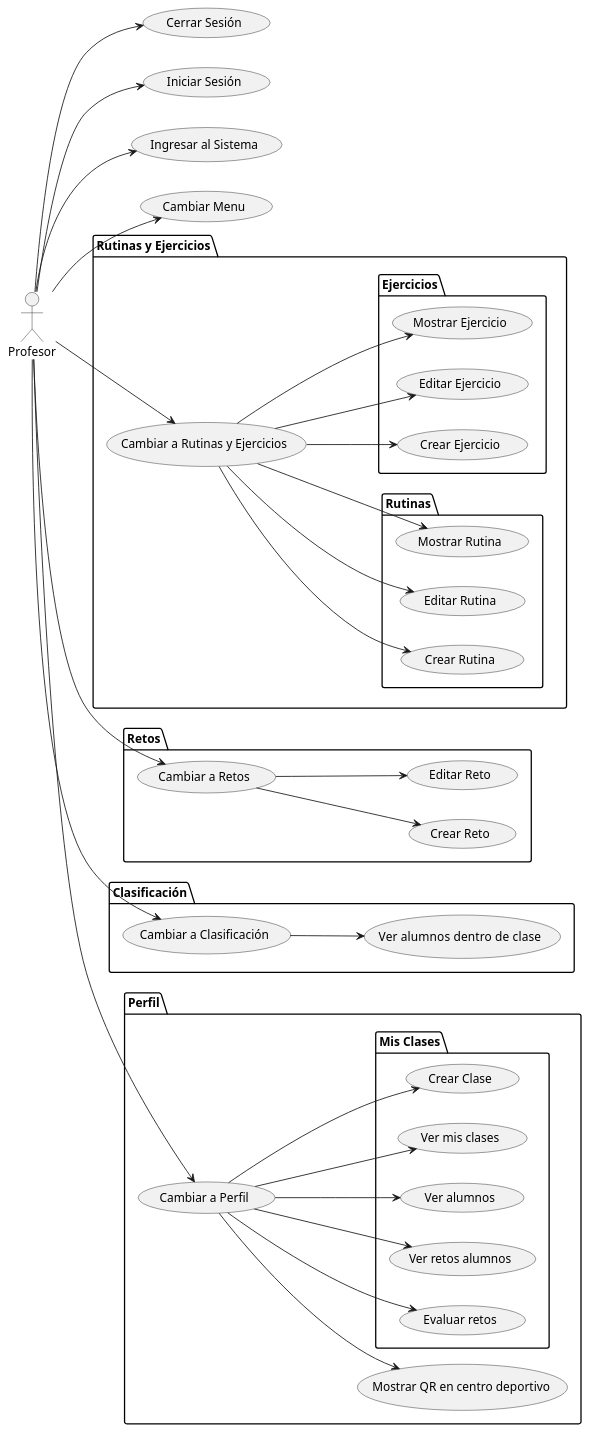
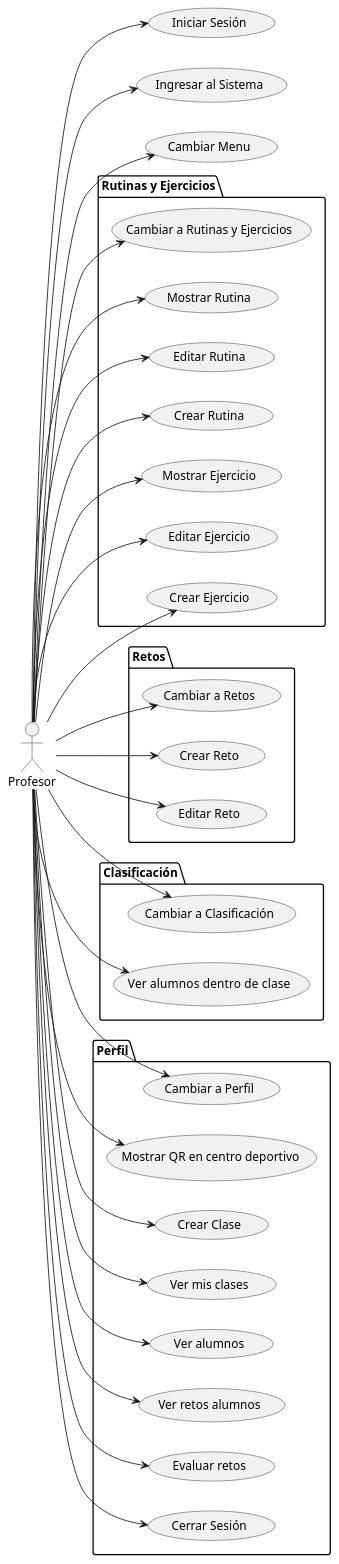
Before and after one commit to mmasias/24-25-IdSw1-SDR: the diagram in Documentos/CasosUso/CdU_Profesor.puml, drawn with PlantUML.

```diff
--- a/Documentos/CasosUso/CdU_Profesor.puml
+++ b/Documentos/CasosUso/CdU_Profesor.puml
@@ -1,78 +1,79 @@
 @startuml CdU_Profesor
 left to right direction
 actor Profesor
 
 package "Rutinas y Ejercicios" {
     usecase "Cambiar a Rutinas y Ejercicios" as CambiarARutinasYEjercicios
 
-    package "Rutinas" {
+   
         usecase "Mostrar Rutina" as MostrarRutina
         usecase "Editar Rutina" as EditarRutina
         usecase "Crear Rutina" as CrearRutina
-    }
+    
 
-    package "Ejercicios" {
+   
         usecase "Mostrar Ejercicio" as MostrarEjercicio
         usecase "Editar Ejercicio" as EditarEjercicio
         usecase "Crear Ejercicio" as CrearEjercicio
-    }
+    
 }
 
 package "Retos" {
     usecase "Cambiar a Retos" as CambiarARetos
     usecase "Crear Reto" as CrearReto
     usecase "Editar Reto" as EditarReto
 }
 
 package "Clasificación" {
     usecase "Cambiar a Clasificación" as CambiarAClasificacion
     usecase "Ver alumnos dentro  de clase" as VerAlumnosDentroDeClase
 }
 
 package "Perfil" {
     usecase "Cambiar a Perfil" as CambiarAPerfil
     usecase "Mostrar QR en centro deportivo" as MostrarQR
 
-    package "Mis Clases" {
+  
         usecase "Crear Clase" as CrearClase
         usecase "Ver mis clases" as VerMisClases
         usecase "Ver alumnos" as VerAlumnos
         usecase "Ver retos alumnos" as VerRetosAlumnos
         usecase "Evaluar retos" as EvaluarRetos
-    }
+        usecase "Cerrar Sesión" as CerrarSesion
+    
 }
 
-usecase "Cerrar Sesión" as CerrarSesion
+
 usecase "Iniciar Sesión" as IniciarSesion
 usecase "Ingresar al Sistema" as IngresarAlSistema
 usecase "Cambiar Menu" as CambiarMenu
 
 Profesor --> IngresarAlSistema
 Profesor --> IniciarSesion
 Profesor --> CambiarMenu
 Profesor --> CerrarSesion
 
 Profesor --> CambiarARutinasYEjercicios
-CambiarARutinasYEjercicios --> MostrarRutina
-CambiarARutinasYEjercicios --> EditarRutina
-CambiarARutinasYEjercicios --> CrearRutina
-CambiarARutinasYEjercicios --> MostrarEjercicio
-CambiarARutinasYEjercicios --> EditarEjercicio
-CambiarARutinasYEjercicios --> CrearEjercicio
+Profesor --> MostrarRutina
+Profesor --> EditarRutina
+Profesor --> CrearRutina
+Profesor --> MostrarEjercicio
+Profesor --> EditarEjercicio
+Profesor --> CrearEjercicio
 
 Profesor --> CambiarARetos
-CambiarARetos --> CrearReto
-CambiarARetos --> EditarReto
+Profesor --> CrearReto
+Profesor --> EditarReto
 
 Profesor --> CambiarAClasificacion
-CambiarAClasificacion --> VerAlumnosDentroDeClase
+Profesor --> VerAlumnosDentroDeClase
 
 Profesor --> CambiarAPerfil
-CambiarAPerfil --> MostrarQR
-CambiarAPerfil --> CrearClase
-CambiarAPerfil --> VerMisClases
-CambiarAPerfil --> VerAlumnos
-CambiarAPerfil --> VerRetosAlumnos
-CambiarAPerfil --> EvaluarRetos
+Profesor --> MostrarQR
+Profesor --> CrearClase
+Profesor --> VerMisClases
+Profesor --> VerAlumnos
+Profesor --> VerRetosAlumnos
+Profesor --> EvaluarRetos
 
 @enduml
```
